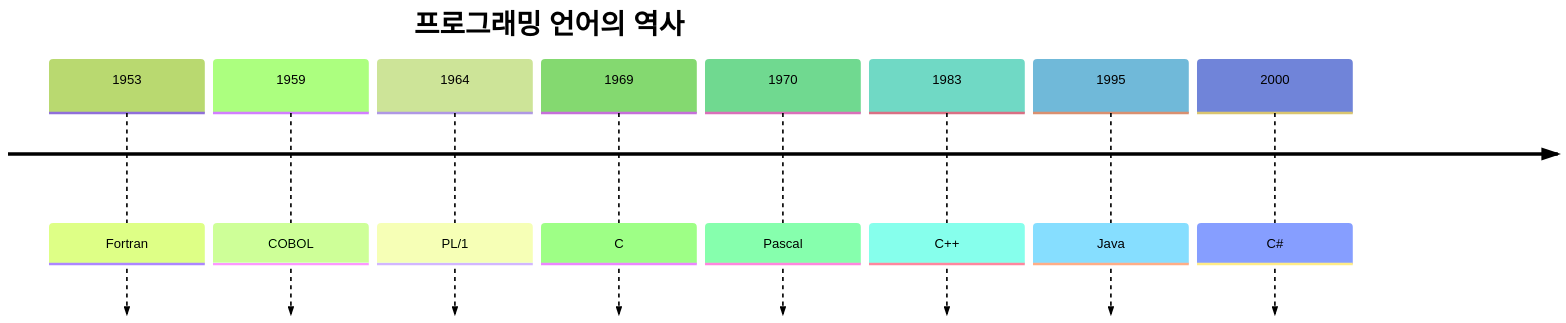
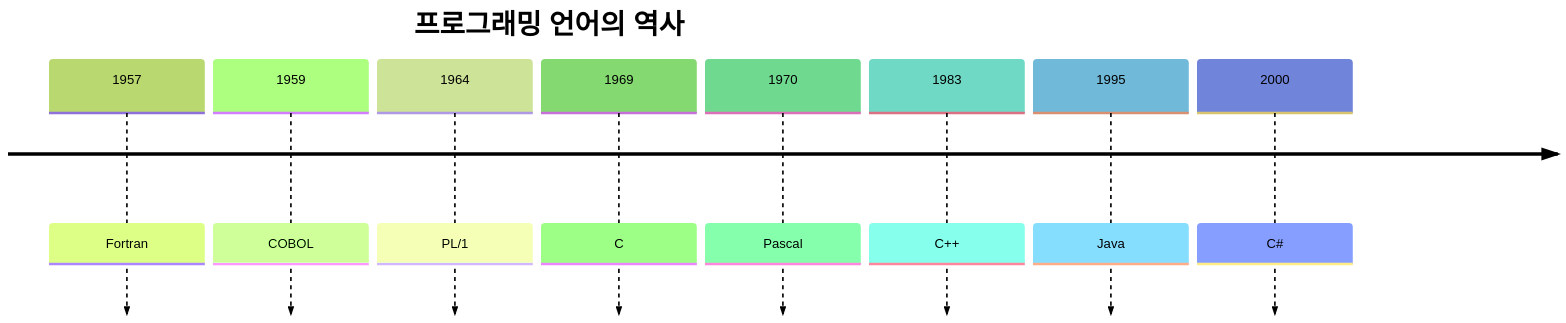
One commit to 42jerrykim/42jerrykim.github.io changed the first of 3 diagrams in content/collection/cleanarchitecture/09-programming-paradigms-introduction/index.md. Above: the diagram before and after it, drawn with Mermaid (forest theme). The commit also changed other lines of this file and 46 other files, not shown here.

First line of the commit message:
quality: Clean Architecture 시리즈 품질 개선 (post-quality-loop 1라운드)

````diff
--- a/content/collection/cleanarchitecture/09-programming-paradigms-introduction/index.md
+++ b/content/collection/cleanarchitecture/09-programming-paradigms-introduction/index.md
@@ -57,12 +75,12 @@
 ```mermaid
 timeline
     title 프로그래밍 언어의 역사
-    1953 : Fortran
+    1957 : Fortran
     1959 : COBOL
     1964 : PL/1
     1969 : C
     1970 : Pascal
     1983 : C++
     1995 : Java
     2000 : C#
 ```
````
